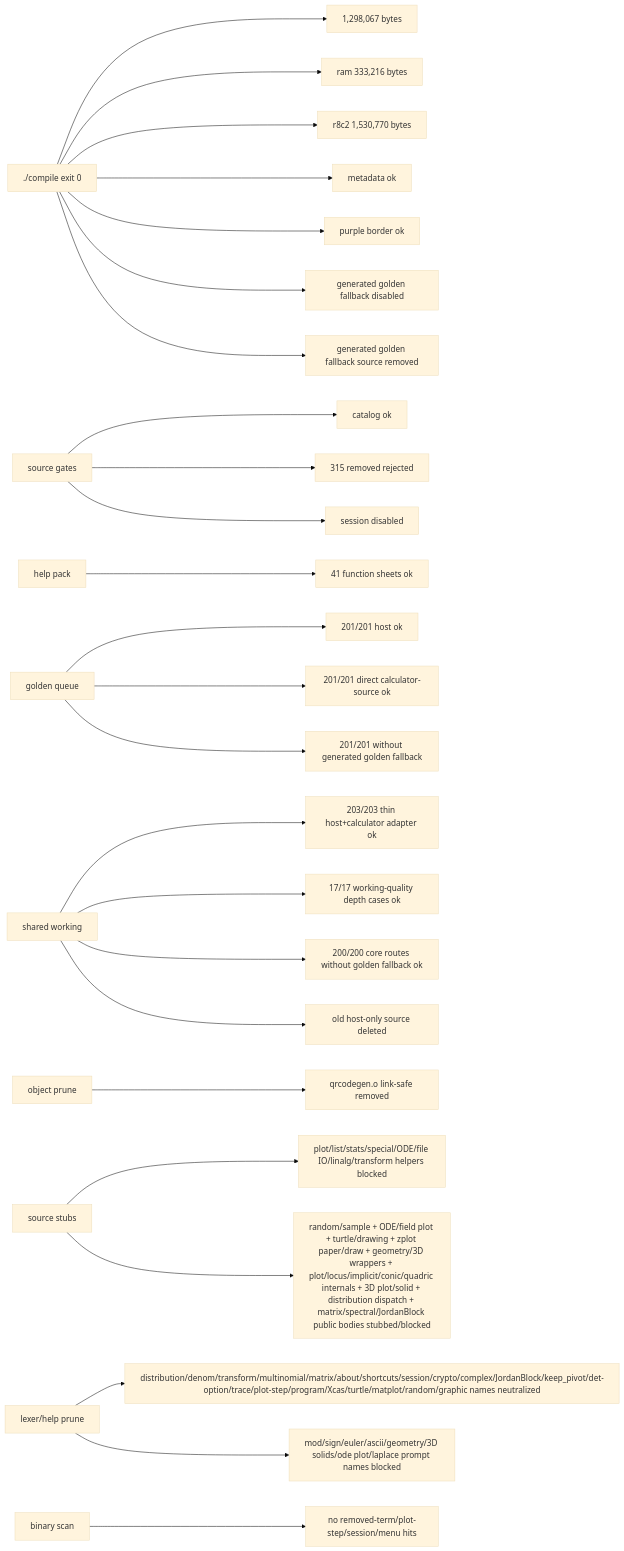
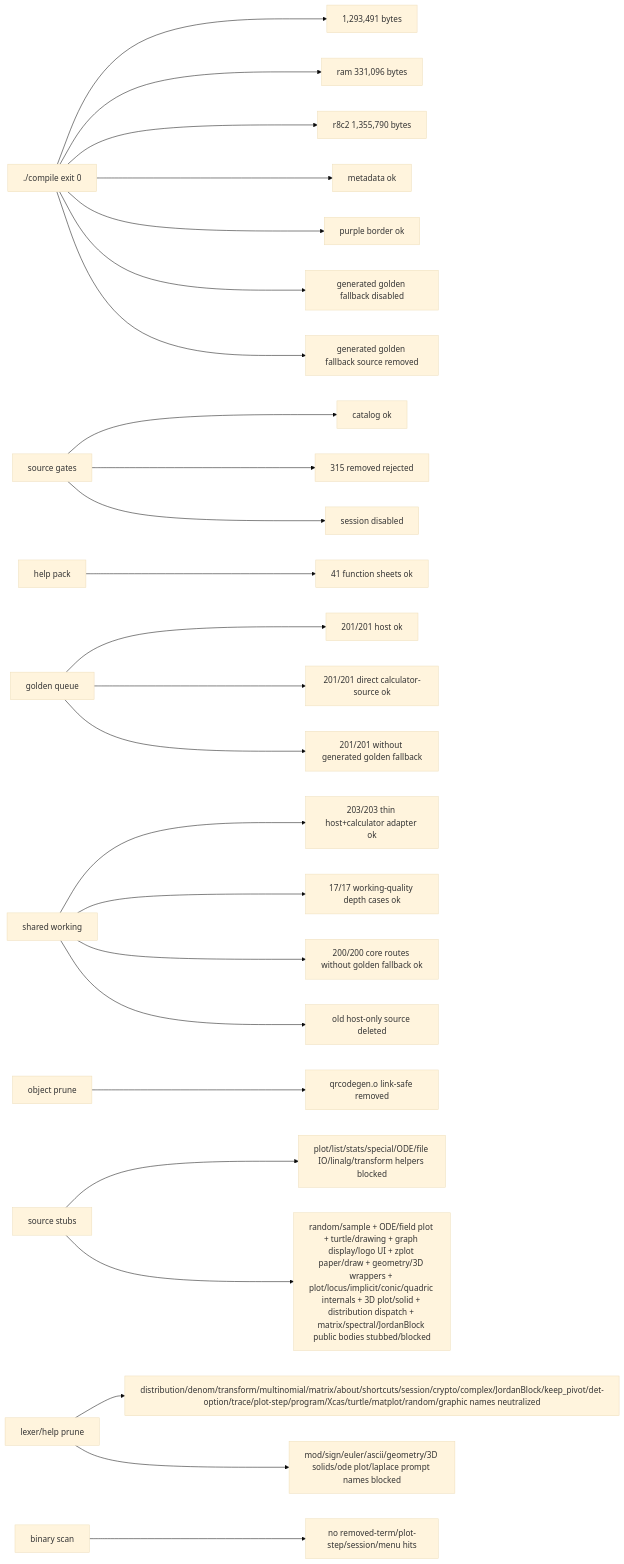
Before and after one commit to james8464/notes-addin-casio-fx-cg50: the seventh of 7 diagrams in docs/GRAPH.md, drawn with Mermaid (base theme). The commit also changed other lines of this file and 4 other files, not shown here.

Commit message:
prune: stub graph display entrypoints

````diff
--- a/docs/GRAPH.md
+++ b/docs/GRAPH.md
@@ -183,27 +185,27 @@
 ```mermaid
 graph LR
-  Build["./compile exit 0"] --> Size["1,298,067 bytes"]
-  Build --> Ram["ram 333,216 bytes"]
-  Build --> R8C2["r8c2 1,530,770 bytes"]
+  Build["./compile exit 0"] --> Size["1,293,491 bytes"]
+  Build --> Ram["ram 331,096 bytes"]
+  Build --> R8C2["r8c2 1,355,790 bytes"]
   Build --> Meta["metadata ok"]
   Build --> Border["purple border ok"]
   Build --> NoRuntimeFallback["generated golden fallback disabled"]
   Build --> NoRuntimeSource["generated golden fallback source removed"]
   Source["source gates"] --> Catalog["catalog ok"]
   Source --> Removed["315 removed rejected"]
   Source --> Session["session disabled"]
   Help["help pack"] --> HelpQ["41 function sheets ok"]
   Queue["golden queue"] --> QueueRun["201/201 host ok"]
   Queue --> GoldenRun["201/201 direct calculator-source ok"]
   Queue --> NoGolden["201/201 without generated golden fallback"]
   Shared["shared working"] --> SharedRun["203/203 thin host+calculator adapter ok"]
   Shared --> WorkQ["17/17 working-quality depth cases ok"]
   Shared --> CoreRun["200/200 core routes without golden fallback ok"]
   Shared --> NoHostSrc["old host-only source deleted"]
   Obj["object prune"] --> QR["qrcodegen.o link-safe removed"]
   Macro["source stubs"] --> Stubbed["plot/list/stats/special/ODE/file IO/linalg/transform helpers blocked"]
-  Macro --> RuntimeStubbed["random/sample + ODE/field plot + turtle/drawing + zplot paper/draw + geometry/3D wrappers + plot/locus/implicit/conic/quadric internals + 3D plot/solid + distribution dispatch + matrix/spectral/JordanBlock public bodies stubbed/blocked"]
+  Macro --> RuntimeStubbed["random/sample + ODE/field plot + turtle/drawing + graph display/logo UI + zplot paper/draw + geometry/3D wrappers + plot/locus/implicit/conic/quadric internals + 3D plot/solid + distribution dispatch + matrix/spectral/JordanBlock public bodies stubbed/blocked"]
   Static["lexer/help prune"] --> StaticRun["distribution/denom/transform/multinomial/matrix/about/shortcuts/session/crypto/complex/JordanBlock/keep_pivot/det-option/trace/plot-step/program/Xcas/turtle/matplot/random/graphic names neutralized"]
   Static --> PromptRun["mod/sign/euler/ascii/geometry/3D solids/ode plot/laplace prompt names blocked"]
   Bin["binary scan"] --> NoLeak["no removed-term/plot-step/session/menu hits"]
 ```
````
